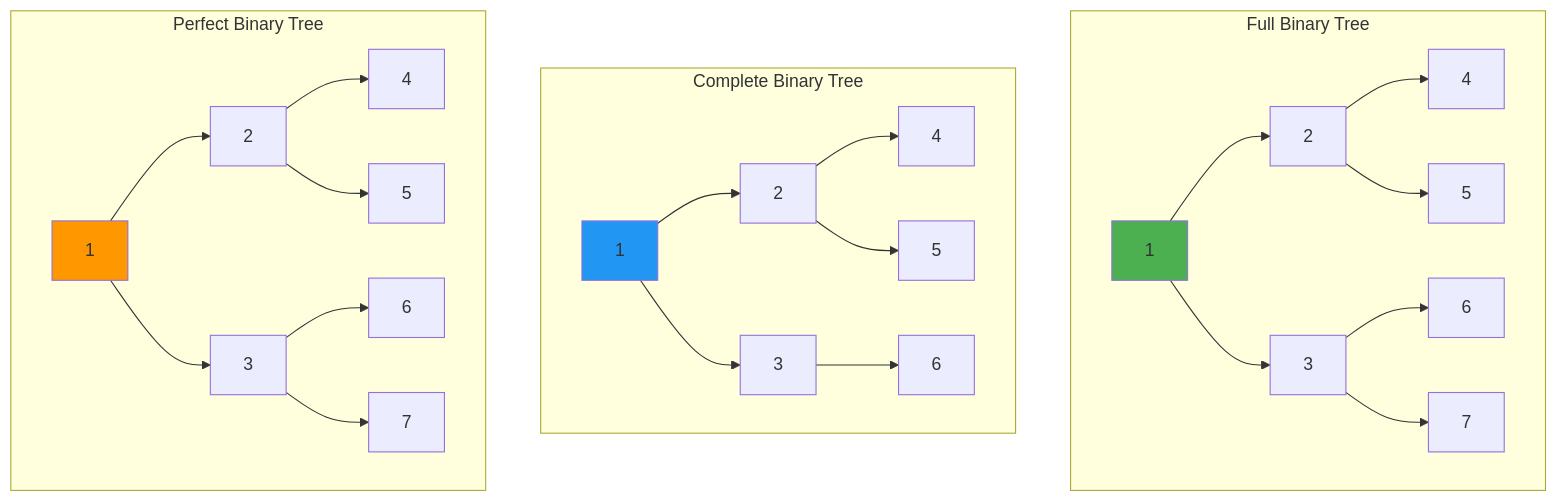
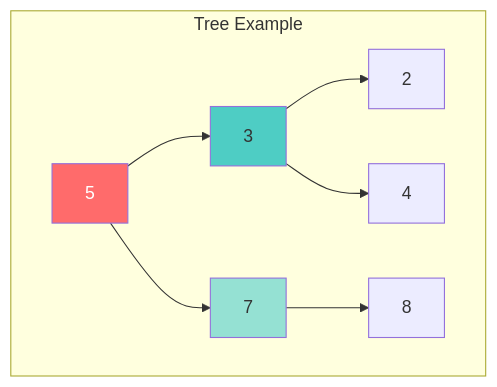
One commit to dalehurley/codewithphp changed the second of 3 diagrams in docs/series/computer-science/chapters/05-trees-and-binary-trees.md. Above: the diagram before and after it, drawn with Mermaid. The commit also changed other lines of this file, not shown here.

````diff
--- a/docs/series/computer-science/chapters/05-trees-and-binary-trees.md
+++ b/docs/series/computer-science/chapters/05-trees-and-binary-trees.md
@@ -94,32 +297,14 @@
 ```mermaid
-graph TD
-    subgraph "Full Binary Tree"
-        F1[1] --> F2[2]
-        F1 --> F3[3]
-        F2 --> F4[4]
-        F2 --> F5[5]
-        F3 --> F6[6]
-        F3 --> F7[7]
+graph TB
+    subgraph "Tree Example"
+        R[5] --> L[3]
+        R --> RN[7]
+        L --> LL[2]
+        L --> LR[4]
+        RN --> RR[8]
     end
 
-    subgraph "Complete Binary Tree"
-        C1[1] --> C2[2]
-        C1 --> C3[3]
-        C2 --> C4[4]
-        C2 --> C5[5]
-        C3 --> C6[6]
-    end
-
-    subgraph "Perfect Binary Tree"
-        P1[1] --> P2[2]
-        P1 --> P3[3]
-        P2 --> P4[4]
-        P2 --> P5[5]
-        P3 --> P6[6]
-        P3 --> P7[7]
-    end
-
-    style F1 fill:#4CAF50
-    style C1 fill:#2196F3
-    style P1 fill:#FF9800
+    style R fill:#FF6B6B,color:#fff
+    style L fill:#4ECDC4
+    style RN fill:#95E1D3
 ```
````
